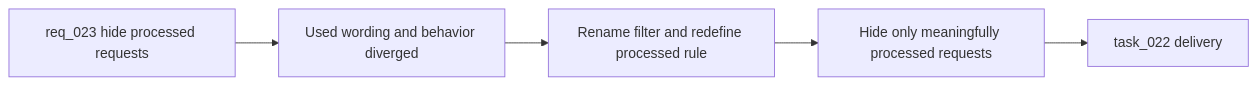
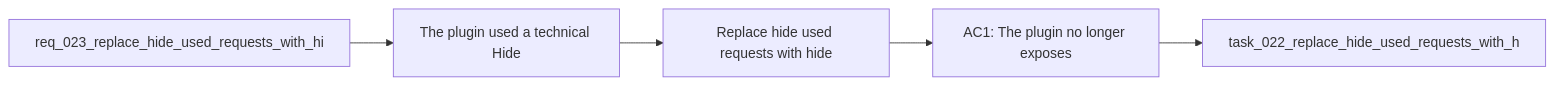
One commit to AlexAgo83/logics-manager changed the diagram in logics/backlog/item_028_replace_hide_used_requests_with_hide_processed_requests_semantics.md. Above: the diagram before and after it, drawn with Mermaid. The commit also changed other lines of this file and 481 other files, not shown here.

````diff
--- a/logics/backlog/item_028_replace_hide_used_requests_with_hide_processed_requests_semantics.md
+++ b/logics/backlog/item_028_replace_hide_used_requests_with_hide_processed_requests_semantics.md
@@ -27,8 +27,9 @@
 ```mermaid
+%% logics-kind: backlog
 %% logics-signature: backlog|replace-hide-used-requests-with-hide-pro|req-023-replace-hide-used-requests-with-|the-plugin-used-a-technical-hide|ac1-the-plugin-no-longer-exposes
 flowchart LR
-    Req[req_023 hide processed requests] --> Problem[Used wording and behavior diverged]
-    Problem --> Scope[Rename filter and redefine processed rule]
-    Scope --> AC[Hide only meaningfully processed requests]
-    AC --> Tasks[task_022 delivery]
+    Request[req_023_replace_hide_used_requests_with_hi] --> Problem[The plugin used a technical Hide]
+    Problem --> Scope[Replace hide used requests with hide]
+    Scope --> Acceptance[AC1: The plugin no longer exposes]
+    Acceptance --> Tasks[task_022_replace_hide_used_requests_with_h]
 ```
````
